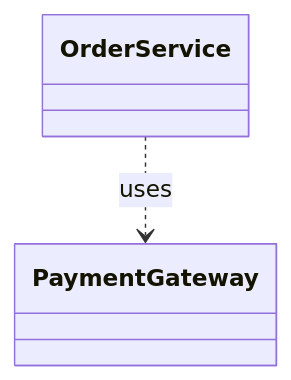
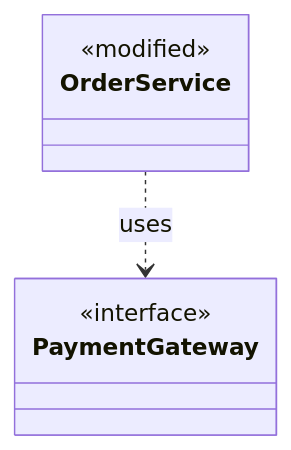
Before and after one commit to chienchien6/waterball: the third of 6 diagrams in .agents/skills/plan-with-class-diagram/rules/類別圖設計判準.md, drawn with Mermaid. The commit also changed other lines of this file and 2 other files, not shown here.

Commit message:
skill-engineering 來重構 plan-with-class-diagram 在不改變既有行為的前提下，找出可優化之處

````diff
--- a/.agents/skills/plan-with-class-diagram/rules/類別圖設計判準.md
+++ b/.agents/skills/plan-with-class-diagram/rules/類別圖設計判準.md
@@ -50,6 +52,11 @@
 ```mermaid
 classDiagram
-    class OrderService
-    class PaymentGateway
+    class OrderService {
+        <<modified>>
+    }
+    class PaymentGateway {
+        <<interface>>
+        <<new>>
+    }
     OrderService ..> PaymentGateway : uses
 ```
````
